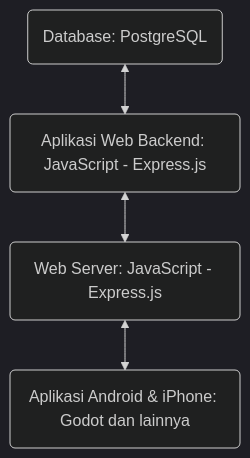
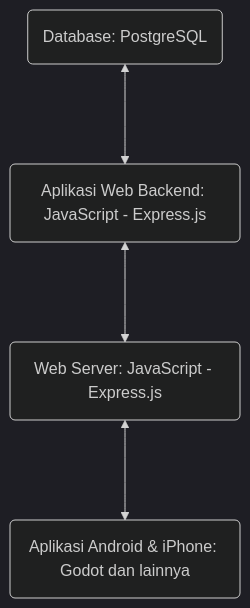
Before and after one commit to Kichies/UTS-pengenalan-informatika: the second of 2 diagrams in jawab-interview.md, drawn with Mermaid (dark theme).

Commit message:
Saved jawab-interview.md with Dillinger.io

````diff
--- a/jawab-interview.md
+++ b/jawab-interview.md
@@ -52,4 +52,4 @@
 ```mermaid
 flowchart TD
-    id1(Database: PostgreSQL) <--> id2(Aplikasi Web Backend: JavaScript - Express.js) <--> id3(Web Server: JavaScript - Express.js) <--> id4(Aplikasi Android & iPhone: Godot dan lainnya)
+    id1(Database: PostgreSQL) <--->  id2(Aplikasi Web Backend: JavaScript - Express.js) <--->  id3(Web Server: JavaScript - Express.js) <--->  id4(Aplikasi Android & iPhone: Godot dan lainnya)
 ```    
````
